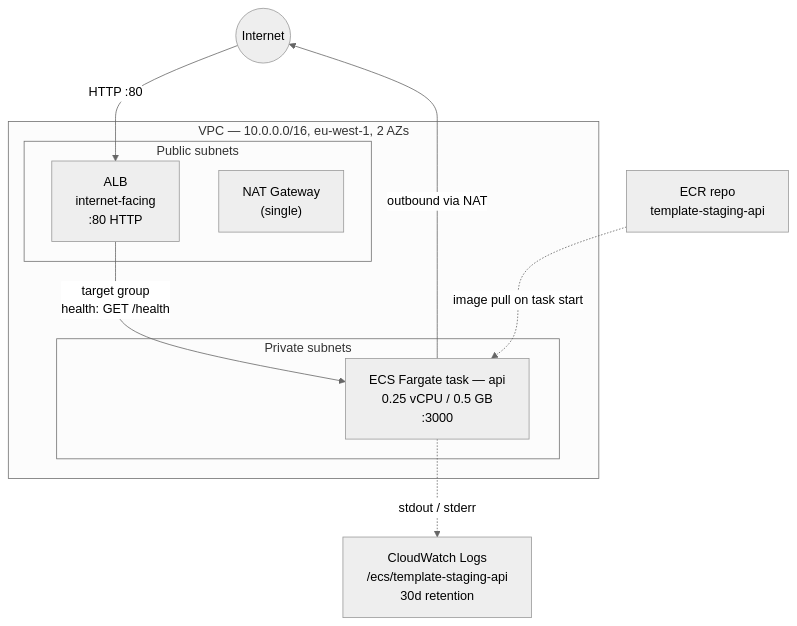
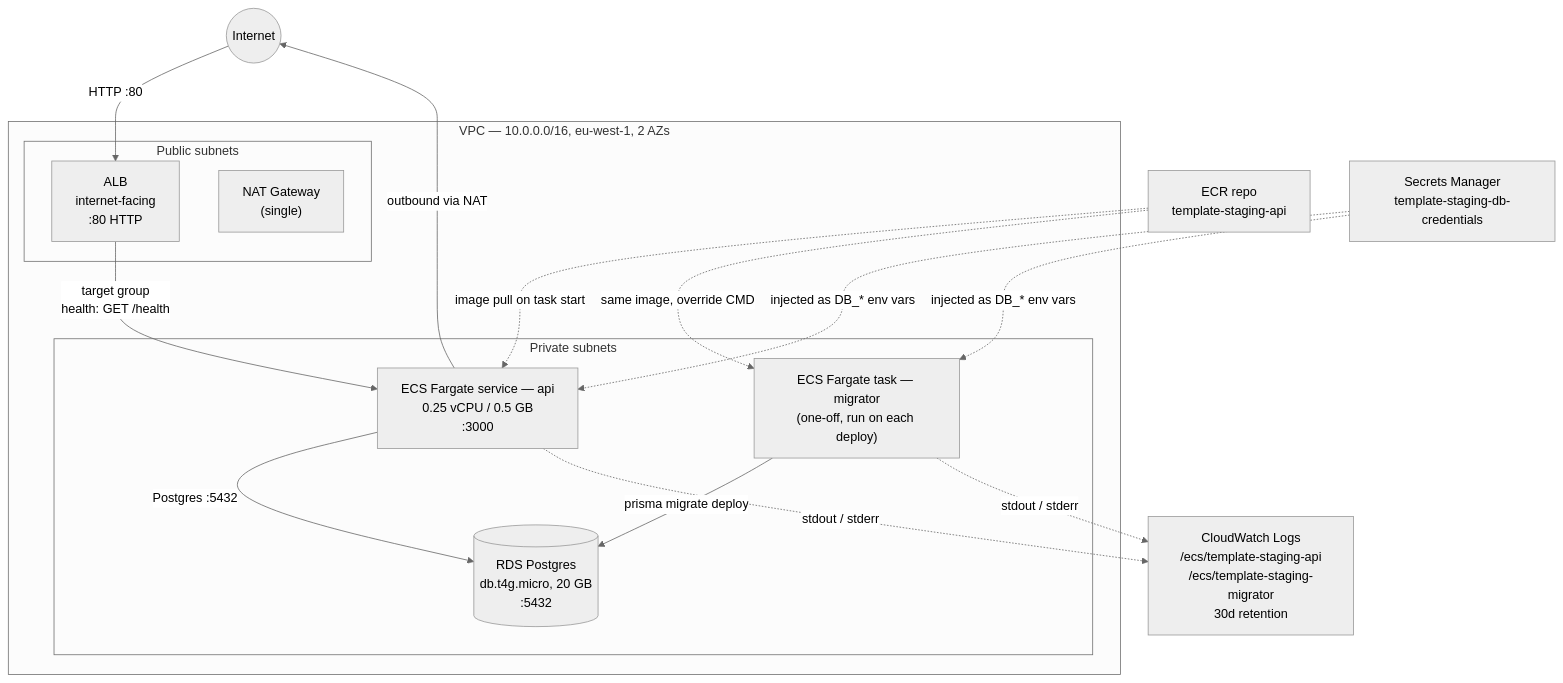
Before and after one commit to ashleyjtaylor/template: the first of 4 diagrams in docs/system-design.md, drawn with Mermaid (neutral theme). The commit also changed other lines of this file and 30 other files, not shown here.

````diff
--- a/docs/system-design.md
+++ b/docs/system-design.md
@@ -9,23 +9,32 @@
 ```mermaid
 graph TB
     Internet((Internet))
 
     subgraph VPC["VPC — 10.0.0.0/16, eu-west-1, 2 AZs"]
         subgraph PublicSubnets["Public subnets"]
             ALB["ALB<br/>internet-facing<br/>:80 HTTP"]
             NAT["NAT Gateway<br/>(single)"]
         end
         subgraph PrivateSubnets["Private subnets"]
-            ECS["ECS Fargate task — api<br/>0.25 vCPU / 0.5 GB<br/>:3000"]
+            ECS["ECS Fargate service — api<br/>0.25 vCPU / 0.5 GB<br/>:3000"]
+            Migrator["ECS Fargate task — migrator<br/>(one-off, run on each deploy)"]
+            RDS[("RDS Postgres<br/>db.t4g.micro, 20 GB<br/>:5432")]
         end
     end
 
     ECR["ECR repo<br/>template-staging-api"]
-    Logs["CloudWatch Logs<br/>/ecs/template-staging-api<br/>30d retention"]
+    Logs["CloudWatch Logs<br/>/ecs/template-staging-api<br/>/ecs/template-staging-migrator<br/>30d retention"]
+    Secret["Secrets Manager<br/>template-staging-db-credentials"]
 
     Internet -->|HTTP :80| ALB
     ALB -->|target group<br/>health: GET /health| ECS
+    ECS -->|Postgres :5432| RDS
+    Migrator -->|prisma migrate deploy| RDS
     ECS -->|outbound via NAT| Internet
     ECR -.->|image pull on task start| ECS
+    ECR -.->|same image, override CMD| Migrator
+    Secret -.->|injected as DB_* env vars| ECS
+    Secret -.->|injected as DB_* env vars| Migrator
     ECS -.->|stdout / stderr| Logs
+    Migrator -.->|stdout / stderr| Logs
 ```
````
